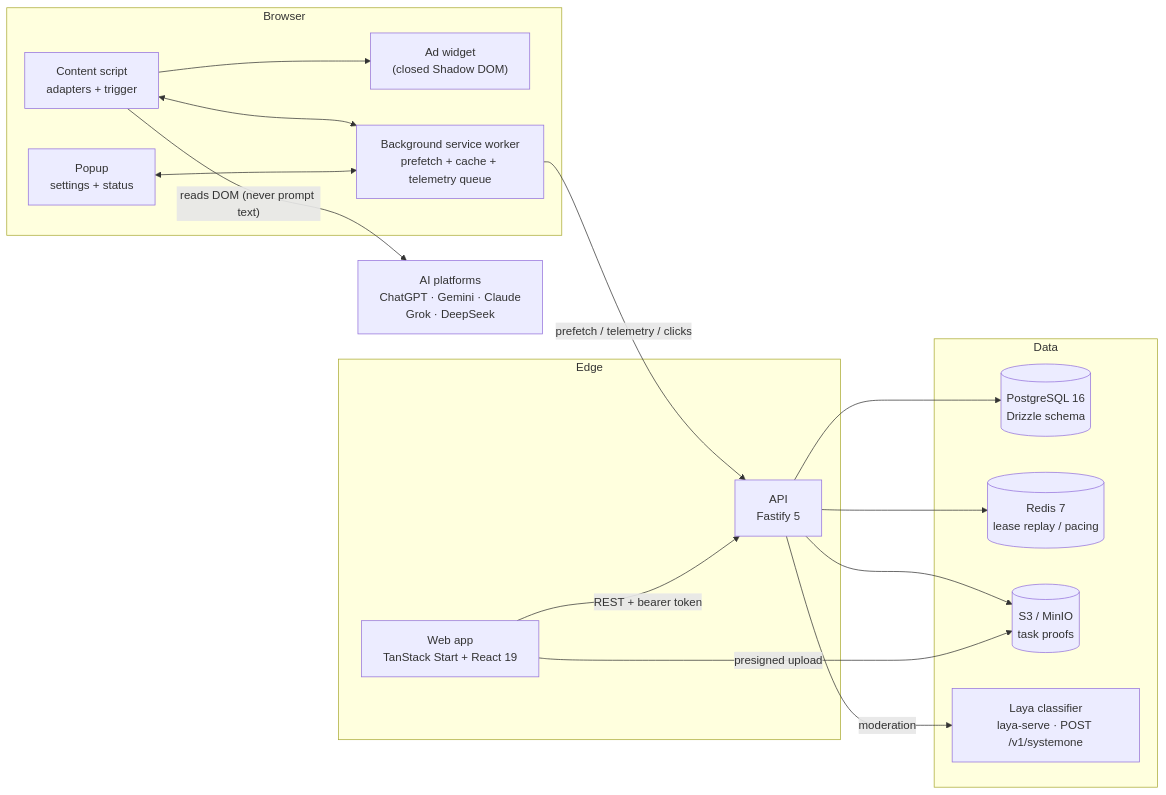
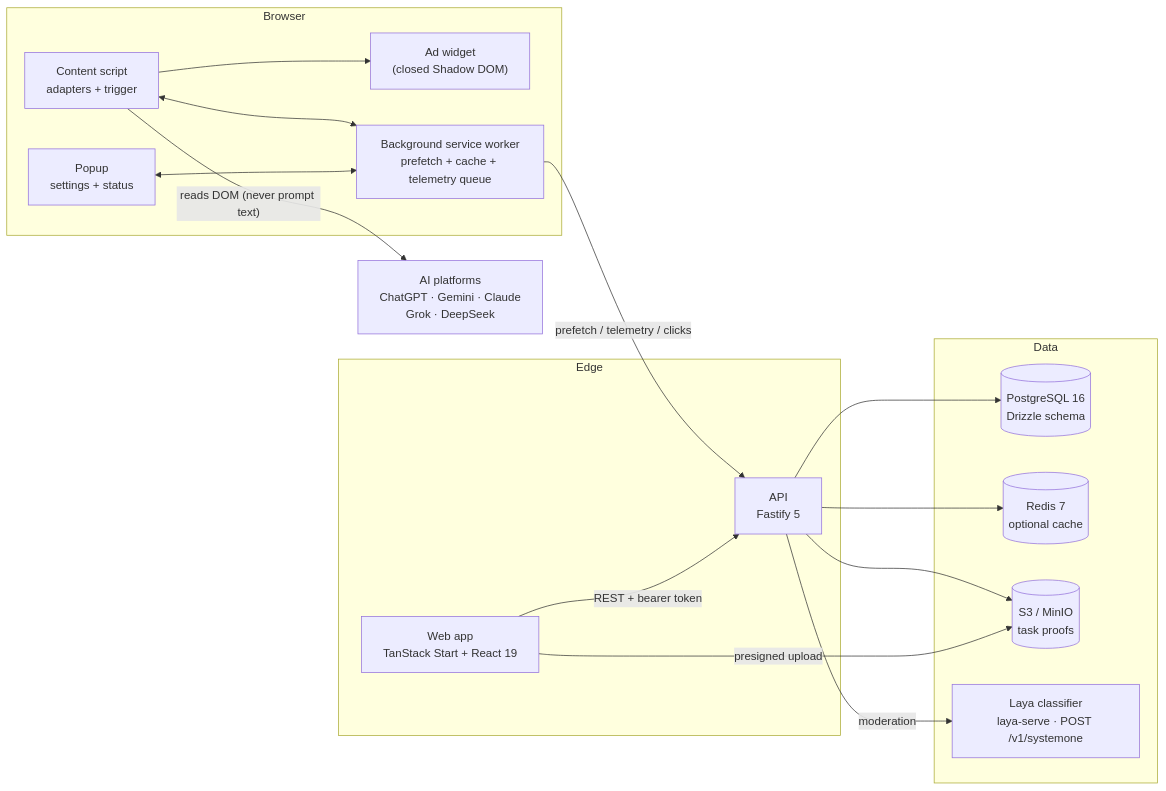
One commit to BurningFlamesss/meantime changed the first of 6 diagrams in ARCHITECTURE.md. Above: the diagram before and after it, drawn with Mermaid. The commit also changed other lines of this file and 15 other files, not shown here.

````diff
--- a/ARCHITECTURE.md
+++ b/ARCHITECTURE.md
@@ -14,35 +14,35 @@
 ```mermaid
 flowchart LR
   subgraph Browser
     CS["Content script<br/>adapters + trigger"]
     W["Ad widget<br/>(closed Shadow DOM)"]
     BG["Background service worker<br/>prefetch + cache + telemetry queue"]
     POP["Popup<br/>settings + status"]
     CS --> W
     CS <--> BG
     POP <--> BG
   end
 
   subgraph Edge
     WEB["Web app<br/>TanStack Start + React 19"]
     API["API<br/>Fastify 5"]
   end
 
   subgraph Data
     PG[("PostgreSQL 16<br/>Drizzle schema")]
-    RD[("Redis 7<br/>lease replay / pacing")]
+    RD[("Redis 7<br/>optional cache")]
     S3[("S3 / MinIO<br/>task proofs")]
     LAYA["Laya classifier<br/>laya-serve · POST /v1/systemone"]
   end
 
   AI["AI platforms<br/>ChatGPT · Gemini · Claude<br/>Grok · DeepSeek"]
 
   BG -- "prefetch / telemetry / clicks" --> API
   CS -- "reads DOM (never prompt text)" --> AI
   WEB -- "REST + bearer token" --> API
   API --> PG
   API --> RD
   API --> S3
   API -- "moderation" --> LAYA
   WEB -- "presigned upload" --> S3
 ```
````
